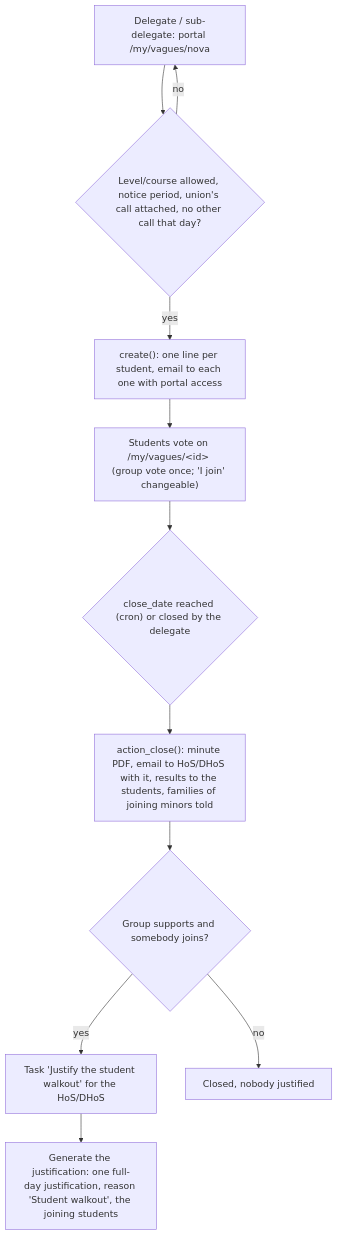
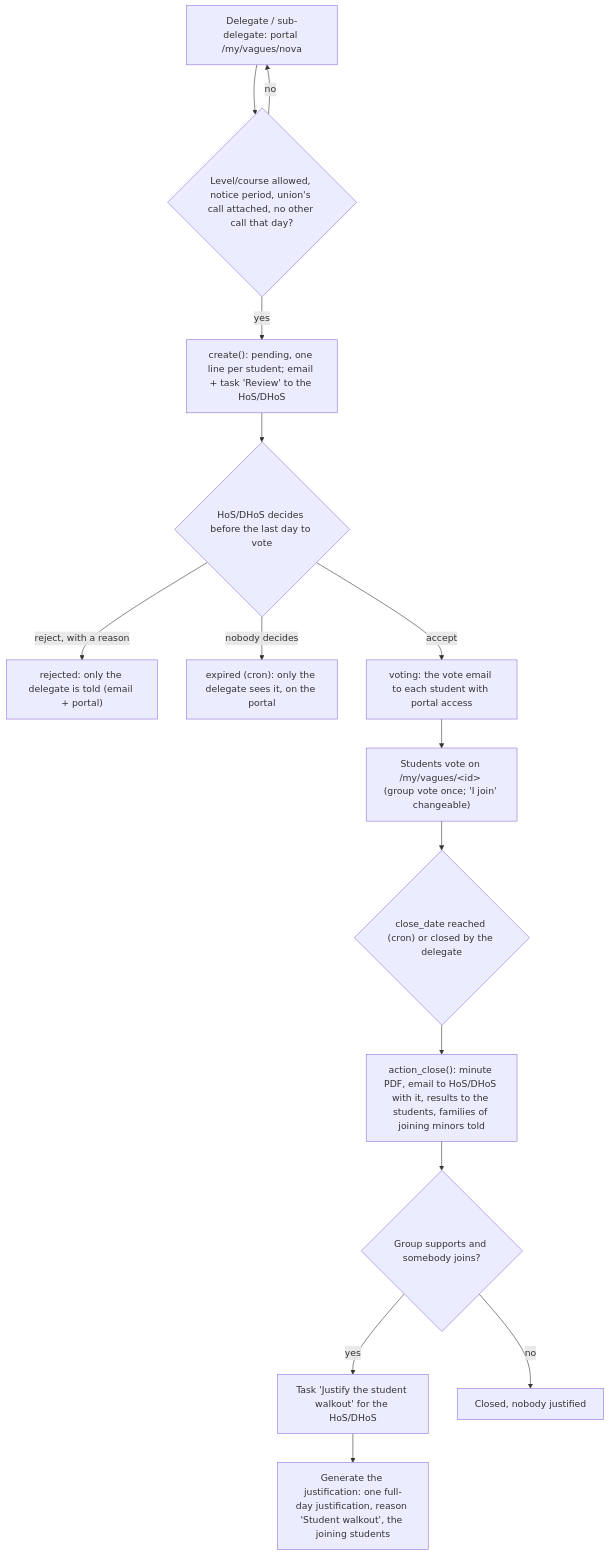
Before and after one commit to ElPuig/EMS: the second of 2 diagrams in docs/en/developers/attendance/student_walkout.md, drawn with Mermaid. The commit also changed other lines of this file and 20 other files, not shown here.

````diff
--- a/docs/en/developers/attendance/student_walkout.md
+++ b/docs/en/developers/attendance/student_walkout.md
@@ -106,13 +121,17 @@
 ```mermaid
 flowchart TD
     A[Delegate / sub-delegate: portal /my/vagues/nova] --> B{"Level/course allowed, notice period, union's call attached, no other call that day?"}
     B -- no --> A
-    B -- yes --> C["create(): one line per student, email to each one with portal access"]
-    C --> D["Students vote on /my/vagues/&lt;id&gt; (group vote once; 'I join' changeable)"]
+    B -- yes --> C["create(): pending, one line per student; email + task 'Review' to the HoS/DHoS"]
+    C --> R{"HoS/DHoS decides before the last day to vote"}
+    R -- reject, with a reason --> X["rejected: only the delegate is told (email + portal)"]
+    R -- nobody decides --> Y["expired (cron): only the delegate sees it, on the portal"]
+    R -- accept --> V["voting: the vote email to each student with portal access"]
+    V --> D["Students vote on /my/vagues/&lt;id&gt; (group vote once; 'I join' changeable)"]
     D --> E{"close_date reached (cron) or closed by the delegate"}
     E --> F["action_close(): minute PDF, email to HoS/DHoS with it, results to the students, families of joining minors told"]
     F --> G{"Group supports and somebody joins?"}
     G -- yes --> H["Task 'Justify the student walkout' for the HoS/DHoS"]
     H --> I["Generate the justification: one full-day justification, reason 'Student walkout', the joining students"]
     G -- no --> J[Closed, nobody justified]
 ```
````
